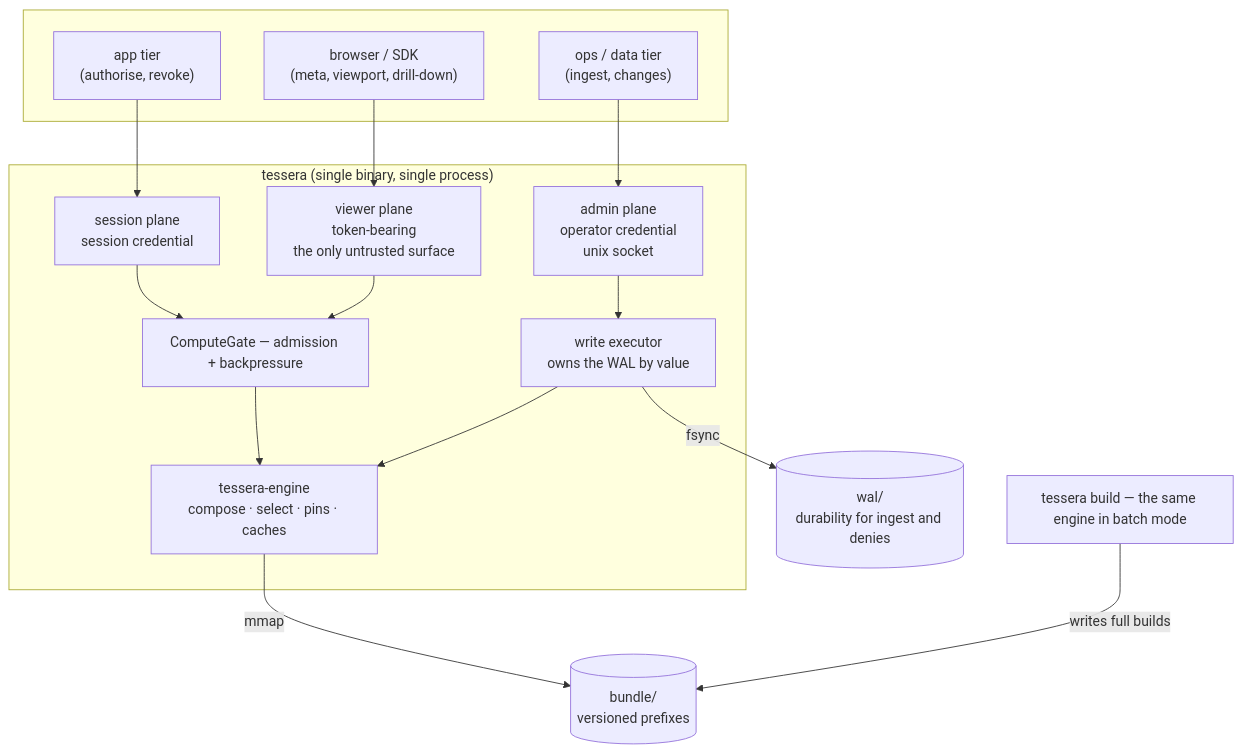
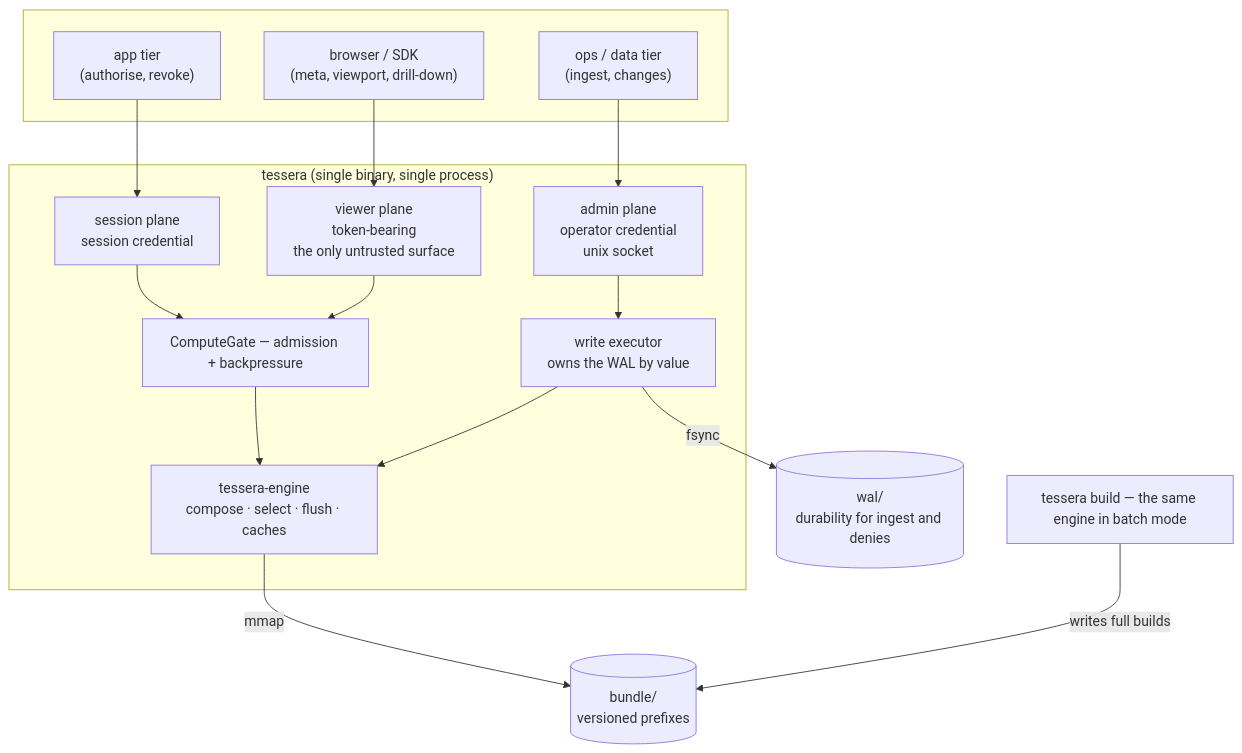
Before and after one commit to jennis0/tesseradb: the first of 2 diagrams in docs/design/system-architecture.md, drawn with Mermaid. The commit also changed other lines of this file and 67 other files, not shown here.

First line of the commit message:
feat(engine): the flush becomes visible, and the pin retention goes

````diff
--- a/docs/design/system-architecture.md
+++ b/docs/design/system-architecture.md
@@ -17,31 +17,31 @@
 ```mermaid
 flowchart TB
     subgraph clients[" "]
         app["app tier<br/>(authorise, revoke)"]
         ops["ops / data tier<br/>(ingest, changes)"]
         browser["browser / SDK<br/>(meta, viewport, drill-down)"]
     end
     subgraph proc["tessera (single binary, single process)"]
         session["session plane<br/>session credential"]
         control["admin plane<br/>operator credential<br/>unix socket"]
         viewer["viewer plane<br/>token-bearing<br/>the only untrusted surface"]
         gate["ComputeGate — admission + backpressure"]
-        engine["tessera-engine<br/>compose · select · pins · caches"]
+        engine["tessera-engine<br/>compose · select · flush · caches"]
         exec["write executor<br/>owns the WAL by value"]
     end
     bundle[("bundle/<br/>versioned prefixes")]
     wal[("wal/<br/>durability for ingest and denies")]
     build["tessera build — the same engine in batch mode"]
 
     app --> session
     ops --> control
     browser --> viewer
     session --> gate
     viewer --> gate
     gate --> engine
     control --> exec
     engine -- mmap --> bundle
     exec -- fsync --> wal
     exec --> engine
     build -- writes full builds --> bundle
 ```
````
